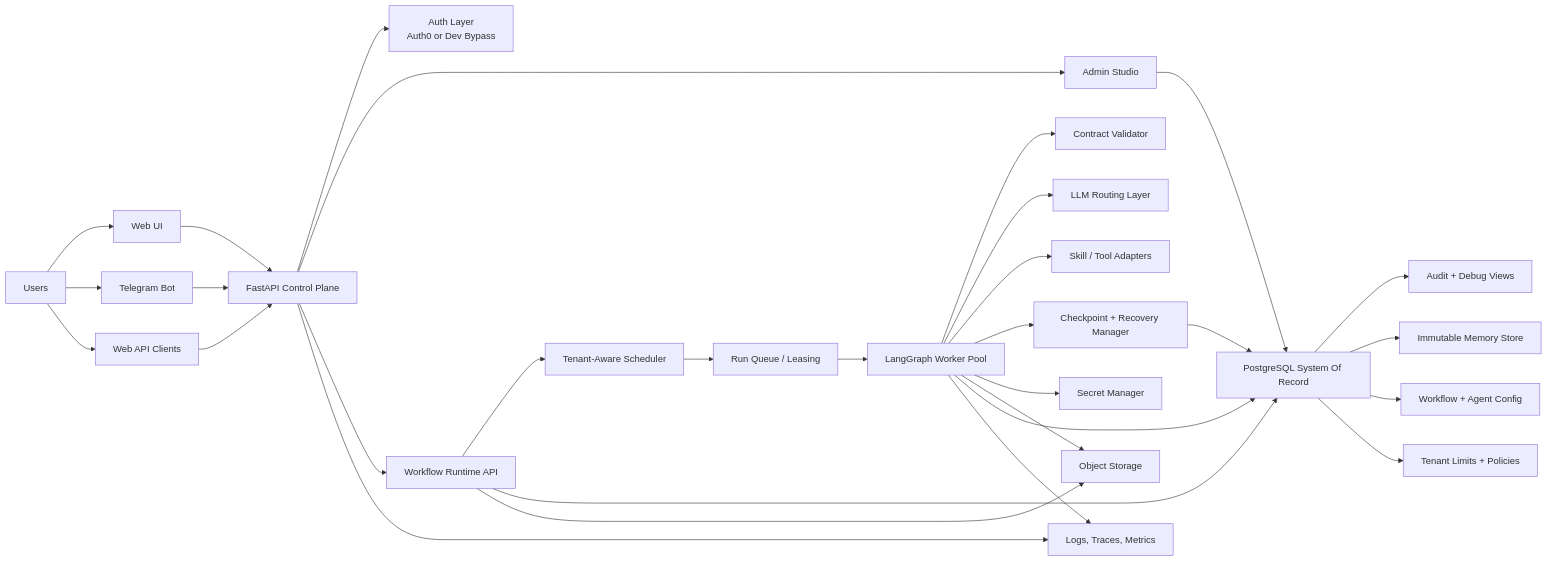
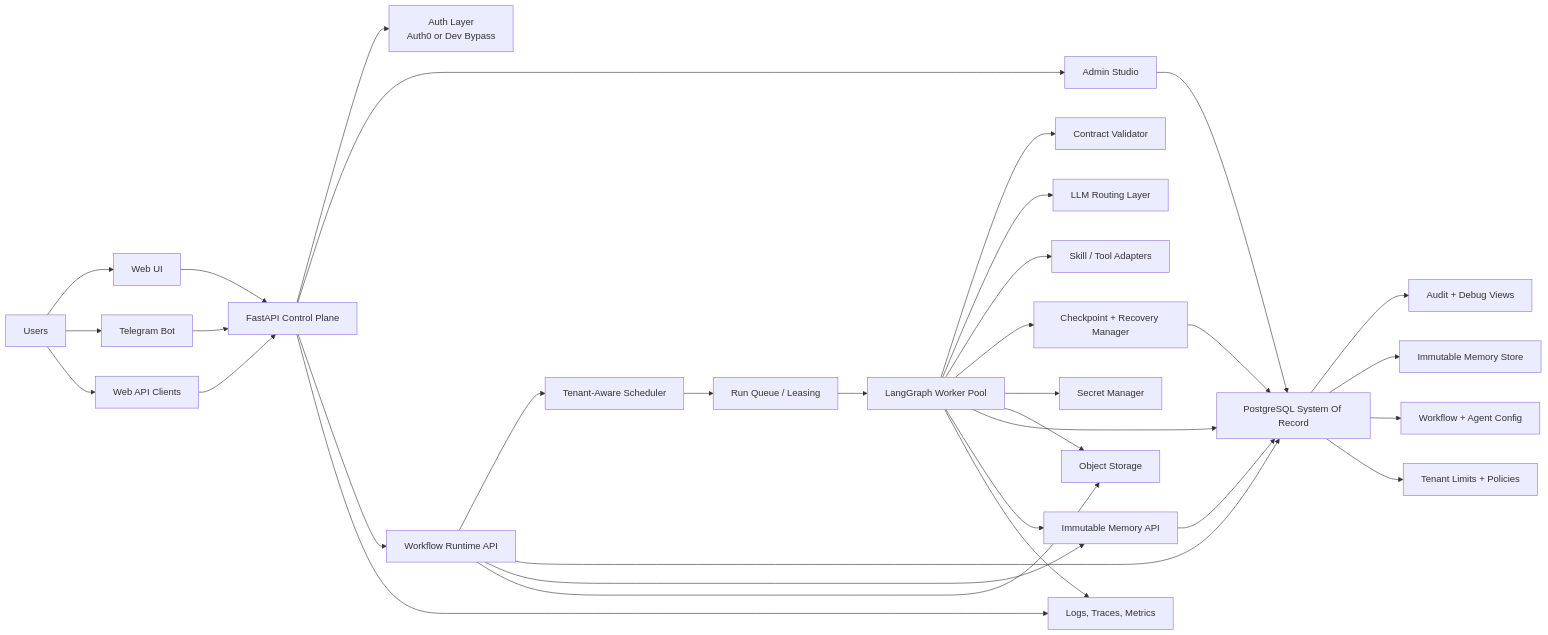
The first of 10 diagrams in docs/architecture.md (scott5252/multi-agent), drawn with Mermaid before and after one commit. The commit also changed 48 other files, not shown here.

````diff
--- a/docs/architecture.md
+++ b/docs/architecture.md
@@ -64,39 +64,42 @@
 ```mermaid
 flowchart LR
     User["Users"] --> Web["Web UI"]
     User --> Telegram["Telegram Bot"]
     User --> API["Web API Clients"]
 
     Web --> FastAPI["FastAPI Control Plane"]
     Telegram --> FastAPI
     API --> FastAPI
 
     FastAPI --> Auth["Auth Layer\nAuth0 or Dev Bypass"]
     FastAPI --> Admin["Admin Studio"]
     FastAPI --> RuntimeAPI["Workflow Runtime API"]
 
     RuntimeAPI --> Scheduler["Tenant-Aware Scheduler"]
     Scheduler --> Queue["Run Queue / Leasing"]
     Queue --> Workers["LangGraph Worker Pool"]
 
     Workers --> Contracts["Contract Validator"]
     Workers --> Models["LLM Routing Layer"]
     Workers --> Tools["Skill / Tool Adapters"]
     Workers --> Recovery["Checkpoint + Recovery Manager"]
     Workers --> Secrets["Secret Manager"]
     Workers --> Artifacts["Object Storage"]
 
     RuntimeAPI --> Postgres["PostgreSQL System Of Record"]
     Workers --> Postgres
     Admin --> Postgres
+    RuntimeAPI --> MemoryAPI["Immutable Memory API"]
+    Workers --> MemoryAPI
+    MemoryAPI --> Postgres
     Recovery --> Postgres
     RuntimeAPI --> Artifacts
 
     Postgres --> Audit["Audit + Debug Views"]
     Postgres --> Memory["Immutable Memory Store"]
     Postgres --> Config["Workflow + Agent Config"]
     Postgres --> Tenancy["Tenant Limits + Policies"]
 
     FastAPI --> Observability["Logs, Traces, Metrics"]
     Workers --> Observability
 ```
````
